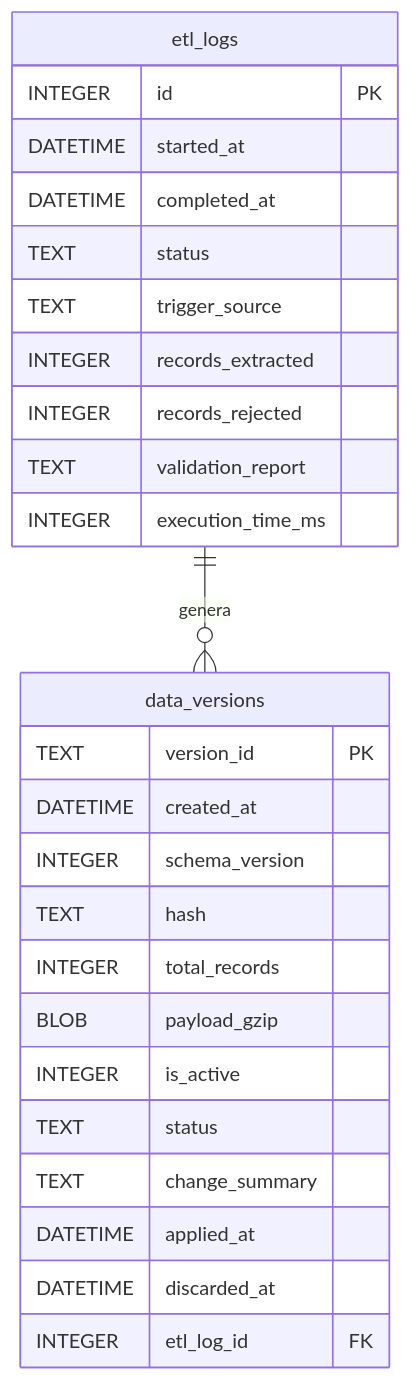
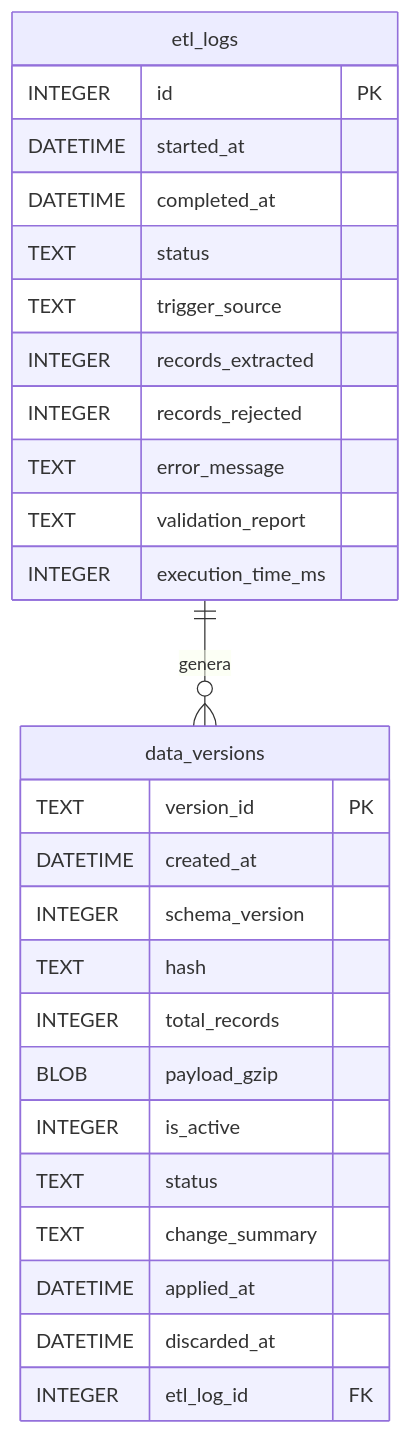
The fourth of 10 diagrams in docs/ARQUITECTURA.md (jairolopezlon/agrodatos), drawn with Mermaid before and after one commit. The commit also changed other lines of this file and 2 other files, not shown here.

````diff
--- a/docs/ARQUITECTURA.md
+++ b/docs/ARQUITECTURA.md
@@ -93,31 +93,32 @@
 ```mermaid
 erDiagram
   etl_logs {
     INTEGER id PK
     DATETIME started_at
     DATETIME completed_at
     TEXT status
     TEXT trigger_source
     INTEGER records_extracted
     INTEGER records_rejected
+    TEXT error_message
     TEXT validation_report
     INTEGER execution_time_ms
   }
 
   data_versions {
     TEXT version_id PK
     DATETIME created_at
     INTEGER schema_version
     TEXT hash
     INTEGER total_records
     BLOB payload_gzip
     INTEGER is_active
     TEXT status
     TEXT change_summary
     DATETIME applied_at
     DATETIME discarded_at
     INTEGER etl_log_id FK
   }
 
   etl_logs ||--o{ data_versions : "genera"
 ```
````
